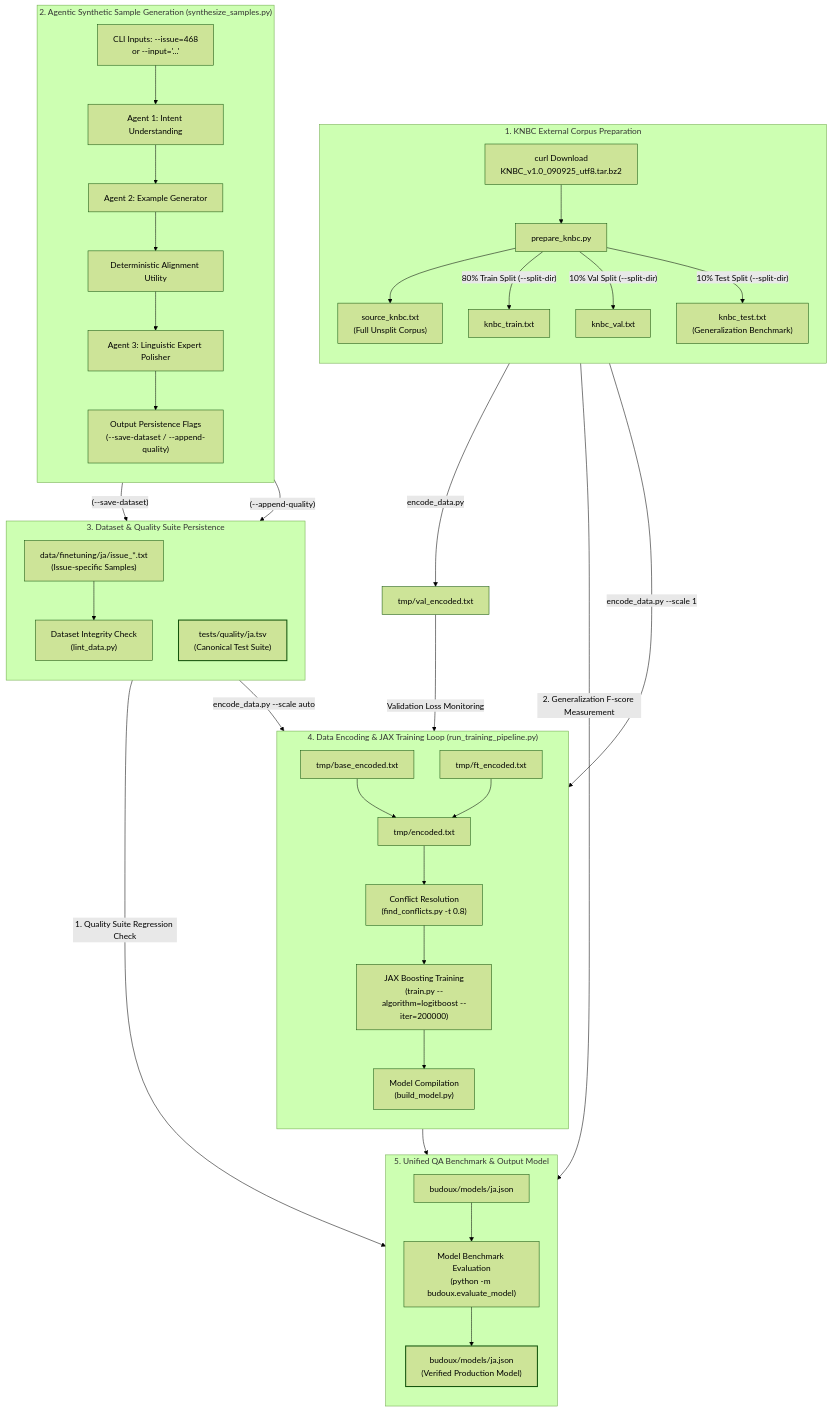
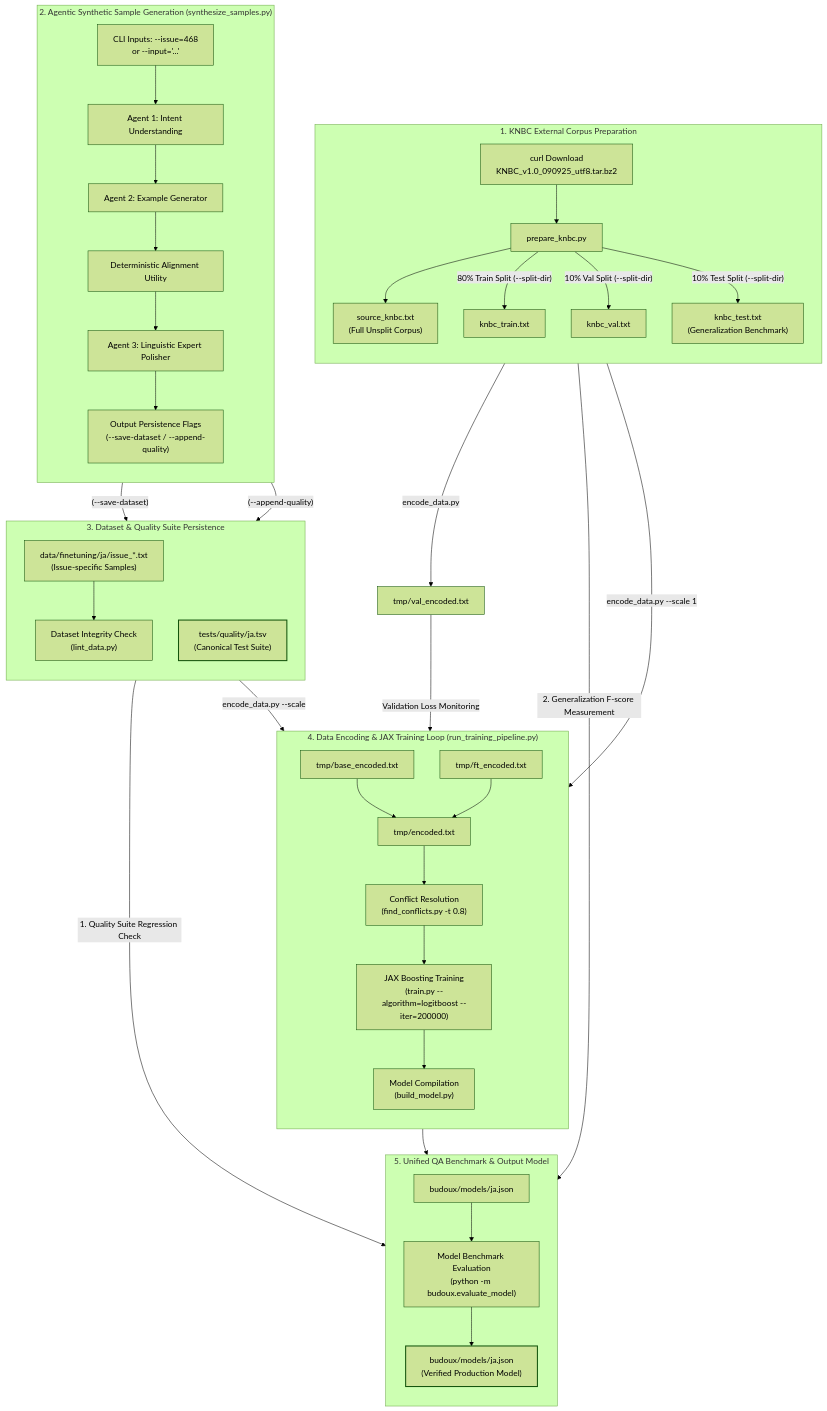
One commit to google/budoux changed the diagram in scripts/README.md. Above: the diagram before and after it, drawn with Mermaid (forest theme). The commit also changed other lines of this file, not shown here.

Commit message:
docs(scripts): use <scale> placeholder and wrap line for MD013

````diff
--- a/scripts/README.md
+++ b/scripts/README.md
@@ -7,65 +7,65 @@
 ```mermaid
 flowchart TB
     %% Phase 1: External KNBC Corpus Preparation
     subgraph P1 ["1. KNBC External Corpus Preparation"]
         direction TB
         KNBC_RAW["curl Download<br>KNBC_v1.0_090925_utf8.tar.bz2"] --> KNBC_PREP["prepare_knbc.py"]
         KNBC_PREP --> KNBC_SRC["source_knbc.txt<br>(Full Unsplit Corpus)"]
         
         KNBC_PREP -->|"80% Train Split (--split-dir)"| KNBC_TRAIN["knbc_train.txt"]
         KNBC_PREP -->|"10% Val Split (--split-dir)"| KNBC_VAL["knbc_val.txt"]
         KNBC_PREP -->|"10% Test Split (--split-dir)"| KNBC_TEST["knbc_test.txt<br>(Generalization Benchmark)"]
     end
 
     %% Phase 2: Agentic Synthetic Sample Generation
     subgraph P2 ["2. Agentic Synthetic Sample Generation (synthesize_samples.py)"]
         direction TB
         CLI_IN["CLI Inputs: --issue=468<br>or --input='...'"] --> AGENT1["Agent 1: Intent Understanding"]
         AGENT1 --> AGENT2["Agent 2: Example Generator"]
         AGENT2 --> OVERLAY["Deterministic Alignment Utility"]
         OVERLAY --> AGENT3["Agent 3: Linguistic Expert Polisher"]
         AGENT3 --> OUTPUT_FLAGS["Output Persistence Flags<br>(--save-dataset / --append-quality)"]
     end
 
     %% Phase 3: Dataset & Test Suite Persistence
     subgraph P3 ["3. Dataset & Quality Suite Persistence"]
         direction TB
         OUTPUT_FLAGS -->|"(--save-dataset)"| SYNTH_STORE["data/finetuning/ja/issue_*.txt<br>(Issue-specific Samples)"]
         OUTPUT_FLAGS -->|"(--append-quality)"| REG_TSV["tests/quality/ja.tsv<br>(Canonical Test Suite)"]
         SYNTH_STORE --> LINT_PY["Dataset Integrity Check<br>(lint_data.py)"]
     end
 
     %% Phase 4: Data Merging & Training Loop
     subgraph P4 ["4. Data Encoding & JAX Training Loop (run_training_pipeline.py)"]
         direction TB
         KNBC_TRAIN -->|"encode_data.py --scale 1"| BASE_ENC["tmp/base_encoded.txt"]
-        LINT_PY -->|"encode_data.py --scale auto"| FT_ENC["tmp/ft_encoded.txt"]
+        LINT_PY -->|"encode_data.py --scale <scale>"| FT_ENC["tmp/ft_encoded.txt"]
         
         BASE_ENC --> ENCODED_TXT["tmp/encoded.txt"]
         FT_ENC --> ENCODED_TXT
         ENCODED_TXT --> CONFLICT_PY["Conflict Resolution<br>(find_conflicts.py -t 0.8)"]
         CONFLICT_PY --> TRAIN_PY["JAX Boosting Training<br>(train.py --algorithm=logitboost --iter=200000)"]
         
         TRAIN_PY --> BUILD_PY["Model Compilation<br>(build_model.py)"]
     end
 
     %% Phase 5: Unified QA & Output Artifacts
     subgraph P5 ["5. Unified QA Benchmark & Output Model"]
         direction TB
         BUILD_PY --> TEMP_MODEL["budoux/models/ja.json"]
         TEMP_MODEL --> EVAL_PY["Model Benchmark Evaluation<br>(python -m budoux.evaluate_model)"]
         
         REG_TSV -->|"1. Quality Suite Regression Check"| EVAL_PY
         KNBC_TEST -->|"2. Generalization F-score Measurement"| EVAL_PY
         
         EVAL_PY --> FINAL_JSON["budoux/models/ja.json<br>(Verified Production Model)"]
     end
 
     %% Direct Connections (Validation Feature Encoding)
     KNBC_VAL -->|"encode_data.py"| VAL_ENCODED["tmp/val_encoded.txt"]
     VAL_ENCODED -->|"Validation Loss Monitoring"| TRAIN_PY
 
     %% Border Styles
     style REG_TSV stroke-width:2px
     style FINAL_JSON stroke-width:2px
 ```
````
